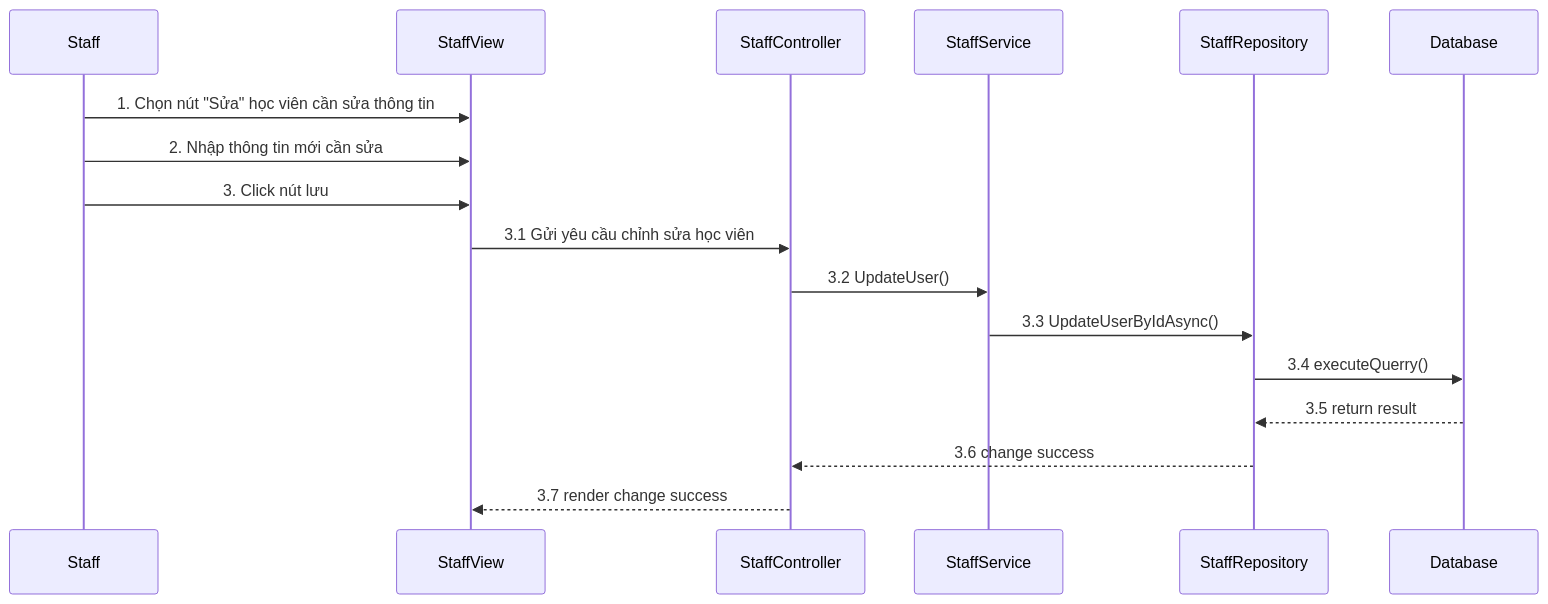
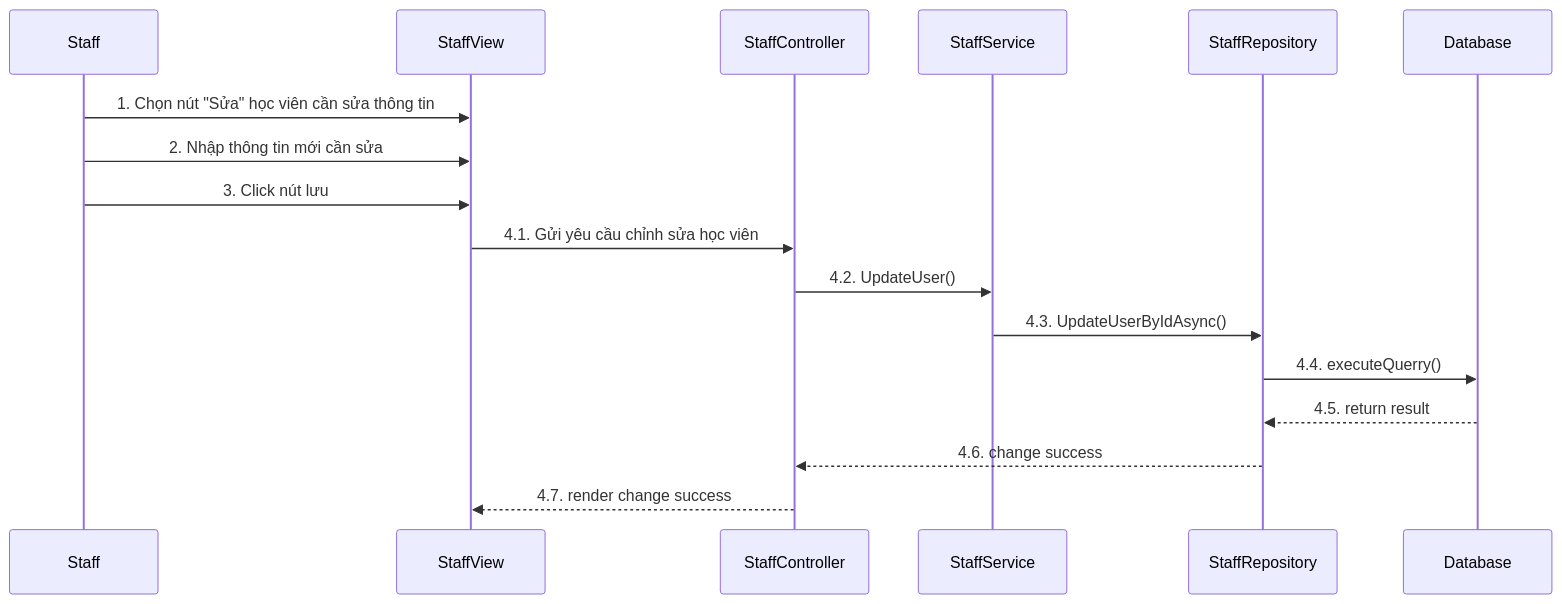
Before and after one commit to LienNTB/sequence-CNPM: the diagram in sequence/staff/Sequence-1-2.ChinhSuaHocVien.mmd, drawn with Mermaid. The commit also changed other lines of this file and 6 other files, not shown here.

```diff
--- a/sequence/staff/Sequence-1-2.ChinhSuaHocVien.mmd
+++ b/sequence/staff/Sequence-1-2.ChinhSuaHocVien.mmd
@@ -1,23 +1,23 @@
 %%# chỉnh sửa thông tin học viên
 
 sequenceDiagram
     participant Staff
     participant StaffView
     participant StaffController
     participant StaffService
     participant StaffRepository
     participant Database
 
-    Staff->>StaffView:  1. Chọn nút "Sửa" học viên cần sửa thông tin
+    Staff->>StaffView: 1. Chọn nút "Sửa" học viên cần sửa thông tin
 
     Staff->>StaffView: 2. Nhập thông tin mới cần sửa
     Staff->>StaffView: 3. Click nút lưu
-    StaffView->>StaffController: 3.1 Gửi yêu cầu chỉnh sửa học viên
-    StaffController->>StaffService: 3.2 UpdateUser()
-    StaffService->>StaffRepository: 3.3 UpdateUserByIdAsync()
-    StaffRepository->>Database: 3.4 executeQuerry()
+    StaffView->>StaffController: 4.1. Gửi yêu cầu chỉnh sửa học viên
+    StaffController->>StaffService: 4.2. UpdateUser()
+    StaffService->>StaffRepository: 4.3. UpdateUserByIdAsync()
+    StaffRepository->>Database: 4.4. executeQuerry()
 
     
-    Database-->>StaffRepository: 3.5 return result
-    StaffRepository-->>StaffController: 3.6 change success
-    StaffController-->>StaffView: 3.7 render change success
+    Database-->>StaffRepository: 4.5. return result
+    StaffRepository-->>StaffController: 4.6. change success
+    StaffController-->>StaffView: 4.7. render change success
```
